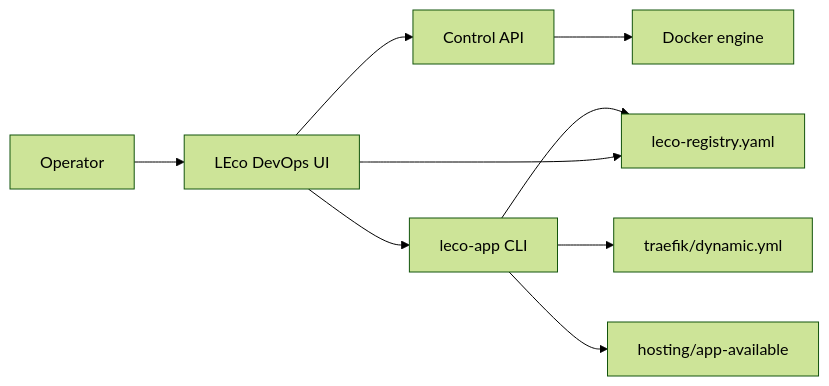
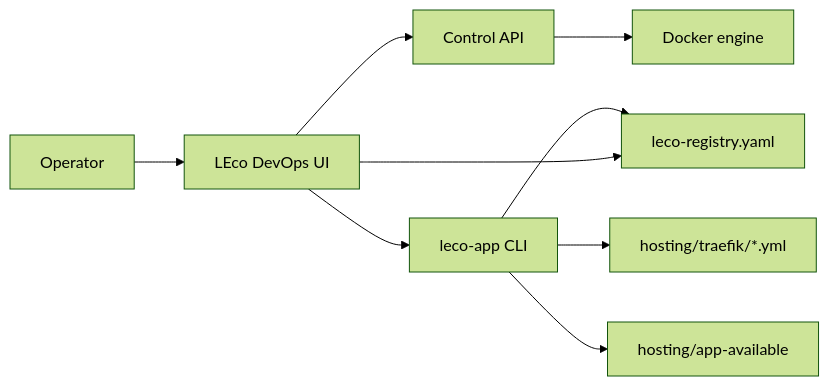
The diagram in docs/HLD.md (leco-devops/local-ecosystem), drawn with Mermaid (forest theme) before and after one commit. The commit also changed other lines of this file and 62 other files, not shown here.

````diff
--- a/docs/HLD.md
+++ b/docs/HLD.md
@@ -25,20 +25,20 @@
 ```mermaid
 flowchart LR
   User["Operator"]
   Ui["LEco DevOps UI"]
   Control["Control API"]
   Cli["leco-app CLI"]
   Registry["leco-registry.yaml"]
-  Traefik["traefik/dynamic.yml"]
+  Traefik["hosting/traefik/*.yml"]
   Docker["Docker engine"]
   Hosted["hosting/app-available"]
 
   User --> Ui
   Ui --> Control
   Control --> Docker
   Ui --> Cli
   Cli --> Registry
   Cli --> Traefik
   Cli --> Hosted
   Ui --> Registry
 ```
````
